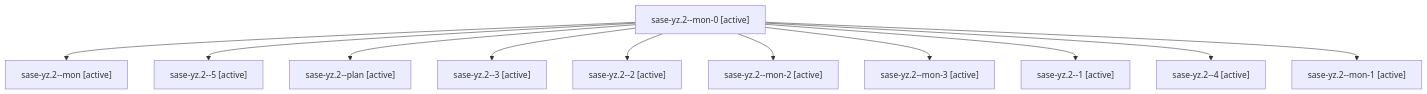
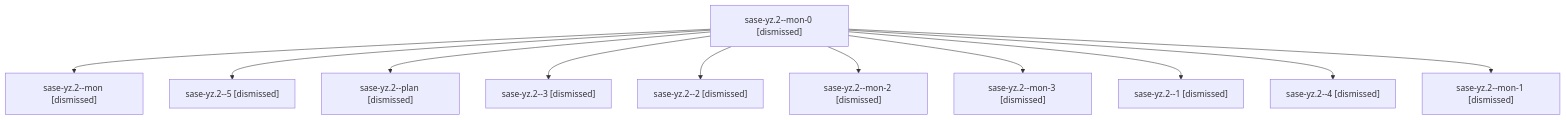
Before and after one commit to sase-org/sase--agents: the diagram in sessions/bbugyi200.athena.sase-yz.2.md, drawn with Mermaid. The commit also changed other lines of this file and 208 other files, not shown here.

````diff
--- a/sessions/bbugyi200.athena.sase-yz.2.md
+++ b/sessions/bbugyi200.athena.sase-yz.2.md
@@ -9,24 +9,24 @@
 ```mermaid
 flowchart TD
-  n0["sase-yz.2--mon-0 [active]"]
-  n1["sase-yz.2--mon [active]"]
+  n0["sase-yz.2--mon-0 [dismissed]"]
+  n1["sase-yz.2--mon [dismissed]"]
   n0 --> n1
-  n2["sase-yz.2--5 [active]"]
+  n2["sase-yz.2--5 [dismissed]"]
   n0 --> n2
-  n3["sase-yz.2--plan [active]"]
+  n3["sase-yz.2--plan [dismissed]"]
   n0 --> n3
-  n4["sase-yz.2--3 [active]"]
+  n4["sase-yz.2--3 [dismissed]"]
   n0 --> n4
-  n5["sase-yz.2--2 [active]"]
+  n5["sase-yz.2--2 [dismissed]"]
   n0 --> n5
-  n6["sase-yz.2--mon-2 [active]"]
+  n6["sase-yz.2--mon-2 [dismissed]"]
   n0 --> n6
-  n7["sase-yz.2--mon-3 [active]"]
+  n7["sase-yz.2--mon-3 [dismissed]"]
   n0 --> n7
-  n8["sase-yz.2--1 [active]"]
+  n8["sase-yz.2--1 [dismissed]"]
   n0 --> n8
-  n9["sase-yz.2--4 [active]"]
+  n9["sase-yz.2--4 [dismissed]"]
   n0 --> n9
-  n10["sase-yz.2--mon-1 [active]"]
+  n10["sase-yz.2--mon-1 [dismissed]"]
   n0 --> n10
 ```
````
